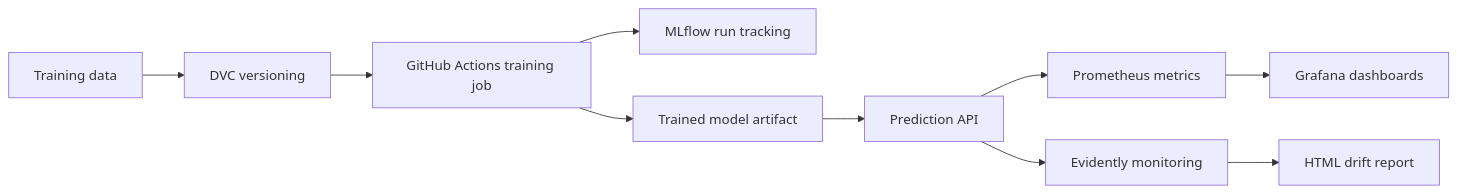
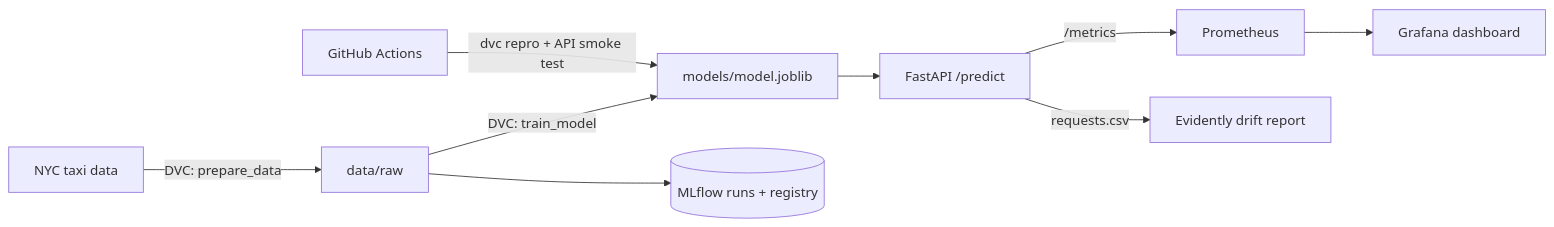
One commit to sumalatha0808/mle-mlops-project changed the diagram in README.md. Above: the diagram before and after it, drawn with Mermaid. The commit also changed other lines of this file and 3 other files, not shown here.

````diff
--- a/README.md
+++ b/README.md
@@ -41,12 +19,11 @@
 ```mermaid
 flowchart LR
-    A["Training data"] --> B["DVC versioning"]
-    B --> C["GitHub Actions training job"]
-    C --> D["MLflow run tracking"]
-    C --> E["Trained model artifact"]
-    E --> F["Prediction API"]
-    F --> G["Prometheus metrics"]
-    F --> H["Evidently monitoring"]
-    G --> I["Grafana dashboards"]
-    H --> J["HTML drift report"]
+    A[NYC taxi data] -->|DVC: prepare_data| B[data/raw]
+    B -->|DVC: train_model| C[models/model.joblib]
+    B --> M[(MLflow runs + registry)]
+    C --> D[FastAPI /predict]
+    D -->|/metrics| E[Prometheus]
+    E --> F[Grafana dashboard]
+    D -->|requests.csv| G[Evidently drift report]
+    H[GitHub Actions] -->|dvc repro + API smoke test| C
 ```
````
